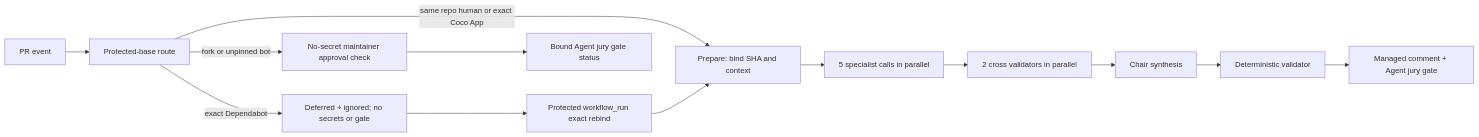
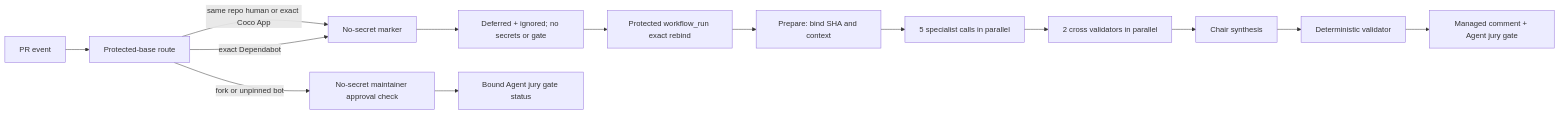
One commit to patton174/coco-framework changed the diagram in coco-support/coco-document/superpowers/specs/2026-07-10-multi-agent-review-jury.md. Above: the diagram before and after it, drawn with Mermaid. The commit also changed other lines of this file and 8 other files, not shown here.

````diff
--- a/coco-support/coco-document/superpowers/specs/2026-07-10-multi-agent-review-jury.md
+++ b/coco-support/coco-document/superpowers/specs/2026-07-10-multi-agent-review-jury.md
@@ -110,15 +111,16 @@
 ```mermaid
 flowchart LR
     E["PR event"] --> R["Protected-base route"]
-    R -->|"same repo human or exact Coco App"| P["Prepare: bind SHA and context"]
-    R -->|"exact Dependabot"| I["Deferred + ignored; no secrets or gate"]
+    R -->|"same repo human or exact Coco App"| M["No-secret marker"]
+    R -->|"exact Dependabot"| M
+    M --> I["Deferred + ignored; no secrets or gate"]
     I --> W["Protected workflow_run exact rebind"]
-    W --> P
+    W --> P["Prepare: bind SHA and context"]
     P --> S["5 specialist calls in parallel"]
     S --> V["2 cross validators in parallel"]
     V --> C["Chair synthesis"]
     C --> D["Deterministic validator"]
     D --> O["Managed comment + Agent jury gate"]
     R -->|"fork or unpinned bot"| H["No-secret maintainer approval check"]
     H --> G["Bound Agent jury gate status"]
 ```
````
